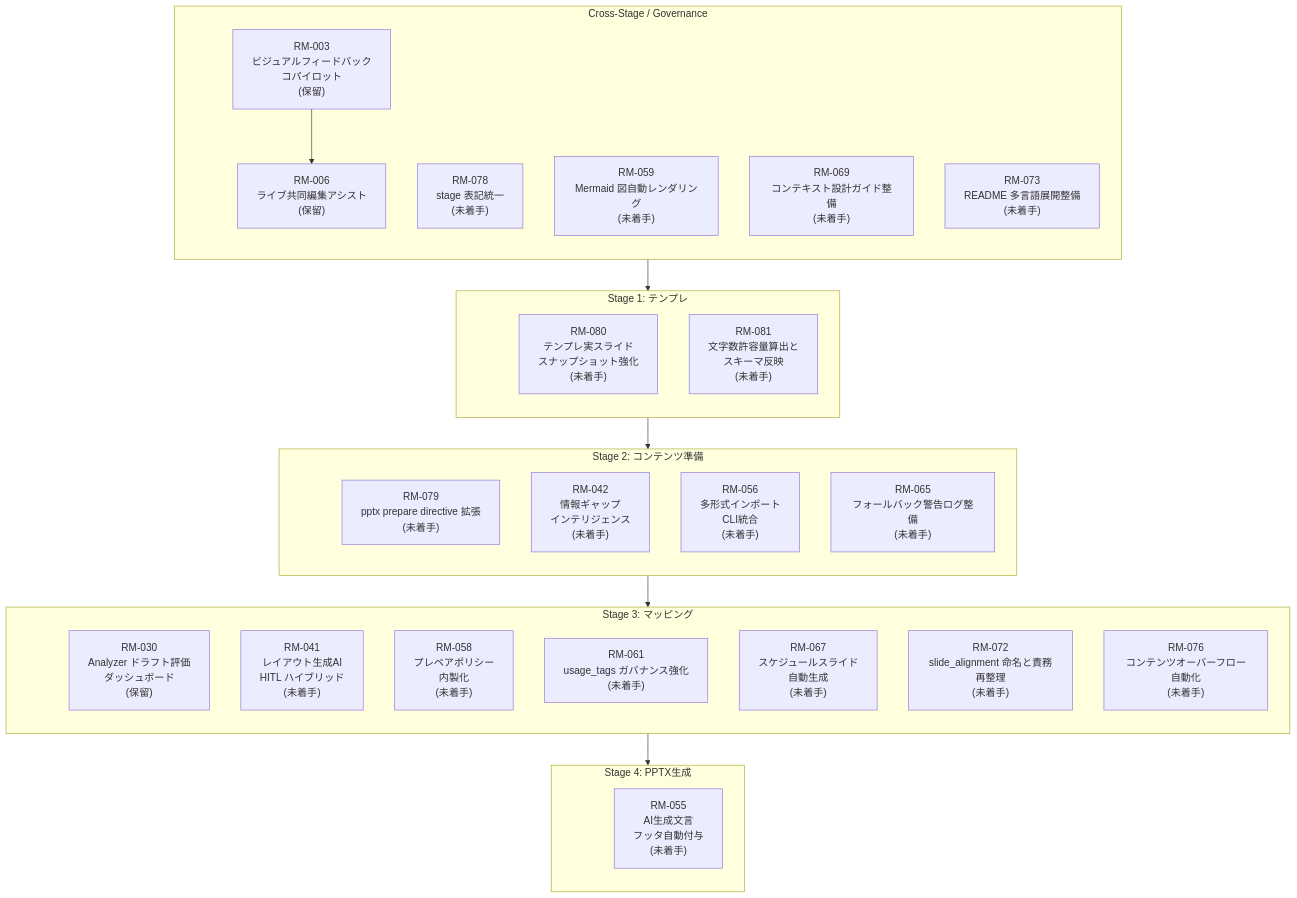
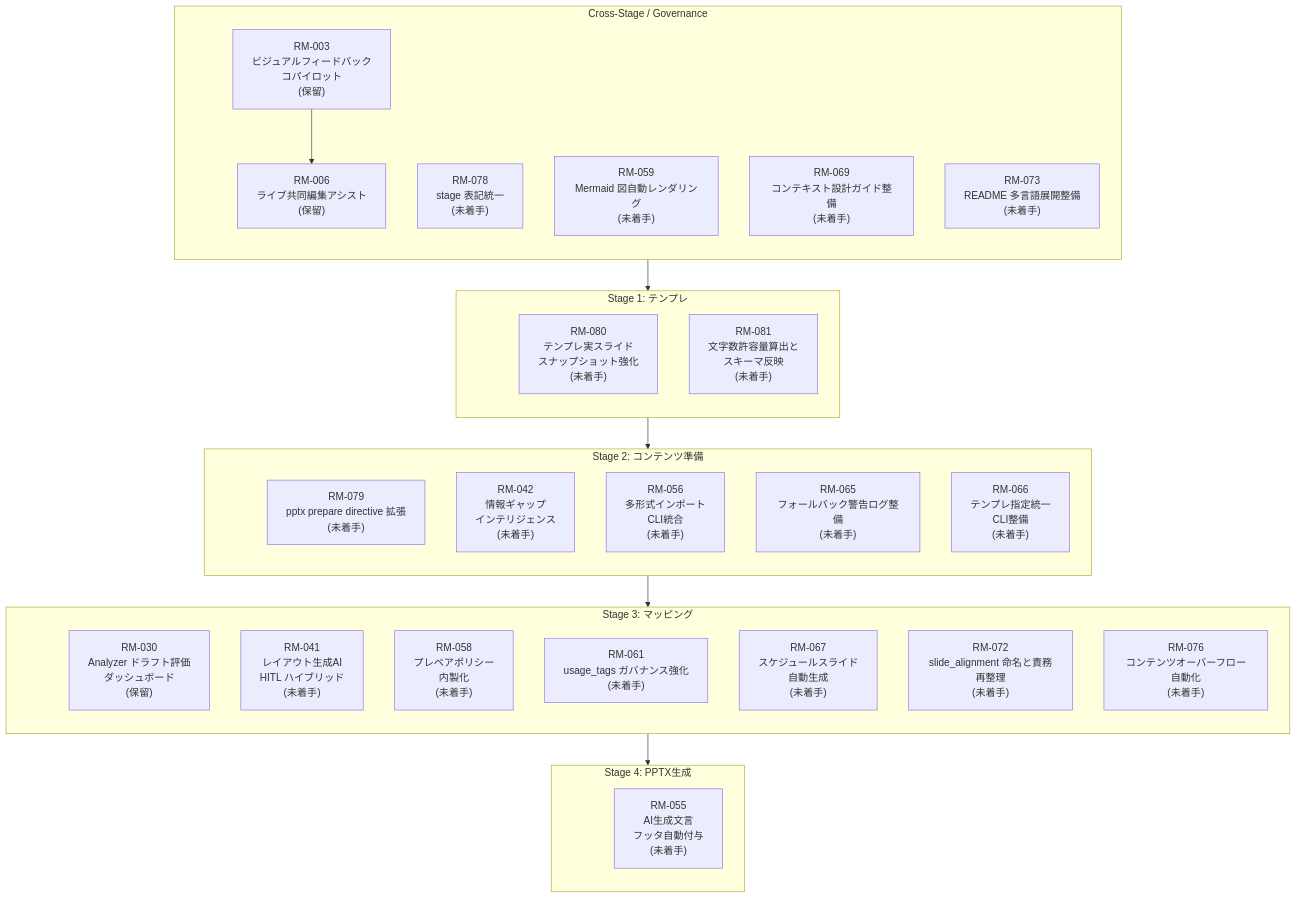
Before and after one commit to yurake/pptx_generator: the diagram in docs/roadmap/roadmap.md, drawn with Mermaid. The commit also changed other lines of this file and 17 other files, not shown here.

````diff
--- a/docs/roadmap/roadmap.md
+++ b/docs/roadmap/roadmap.md
@@ -25,57 +25,58 @@
 ```mermaid
 flowchart TB
     subgraph GOV["Cross-Stage / Governance"]
         direction TB
         GOV_ANCHOR(( ))
         RM078["RM-078<br/>stage 表記統一<br/>(未着手)"]
         RM003["RM-003<br/>ビジュアルフィードバック<br/>コパイロット<br/>(保留)"]
         RM006["RM-006<br/>ライブ共同編集アシスト<br/>(保留)"]
         RM059["RM-059<br/>Mermaid 図自動レンダリング<br/>(未着手)"]
         RM069["RM-069<br/>コンテキスト設計ガイド整備<br/>(未着手)"]
         RM073["RM-073<br/>README 多言語展開整備<br/>(未着手)"]
     end
 
     subgraph ST1["Stage 1: テンプレ"]
         direction TB
         ST1_ANCHOR(( ))
         RM080["RM-080<br/>テンプレ実スライド<br/>スナップショット強化<br/>(未着手)"]
         RM081["RM-081<br/>文字数許容量算出と<br/>スキーマ反映<br/>(未着手)"]
     end
 
     subgraph ST2["Stage 2: コンテンツ準備"]
         direction TB
         ST2_ANCHOR(( ))
         RM079["RM-079<br/>pptx prepare directive 拡張<br/>(未着手)"]
         RM042["RM-042<br/>情報ギャップ<br/>インテリジェンス<br/>(未着手)"]
         RM056["RM-056<br/>多形式インポート<br/>CLI統合<br/>(未着手)"]
         RM065["RM-065<br/>フォールバック警告ログ整備<br/>(未着手)"]
+        RM066["RM-066<br/>テンプレ指定統一<br/>CLI整備<br/>(未着手)"]
     end
 
     subgraph ST3["Stage 3: マッピング"]
         direction TB
         ST3_ANCHOR(( ))
         RM030["RM-030<br/>Analyzer ドラフト評価<br/>ダッシュボード<br/>(保留)"]
         RM041["RM-041<br/>レイアウト生成AI<br/>HITL ハイブリッド<br/>(未着手)"]
         RM058["RM-058<br/>プレペアポリシー<br/>内製化<br/>(未着手)"]
         RM061["RM-061<br/>usage_tags ガバナンス強化<br/>(未着手)"]
         RM067["RM-067<br/>スケジュールスライド<br/>自動生成<br/>(未着手)"]
         RM072["RM-072<br/>slide_alignment 命名と責務再整理<br/>(未着手)"]
         RM076["RM-076<br/>コンテンツオーバーフロー自動化<br/>(未着手)"]
     end
 
     subgraph ST4["Stage 4: PPTX生成"]
         direction TB
         ST4_ANCHOR(( ))
         RM055["RM-055<br/>AI生成文言<br/>フッタ自動付与<br/>(未着手)"]
     end
 
     style GOV_ANCHOR fill:transparent,stroke:transparent
     style ST1_ANCHOR fill:transparent,stroke:transparent
     style ST2_ANCHOR fill:transparent,stroke:transparent
     style ST3_ANCHOR fill:transparent,stroke:transparent
     style ST4_ANCHOR fill:transparent,stroke:transparent
 
     GOV_ANCHOR --> ST1_ANCHOR --> ST2_ANCHOR --> ST3_ANCHOR --> ST4_ANCHOR
 
     RM003 --> RM006
 ```
````
